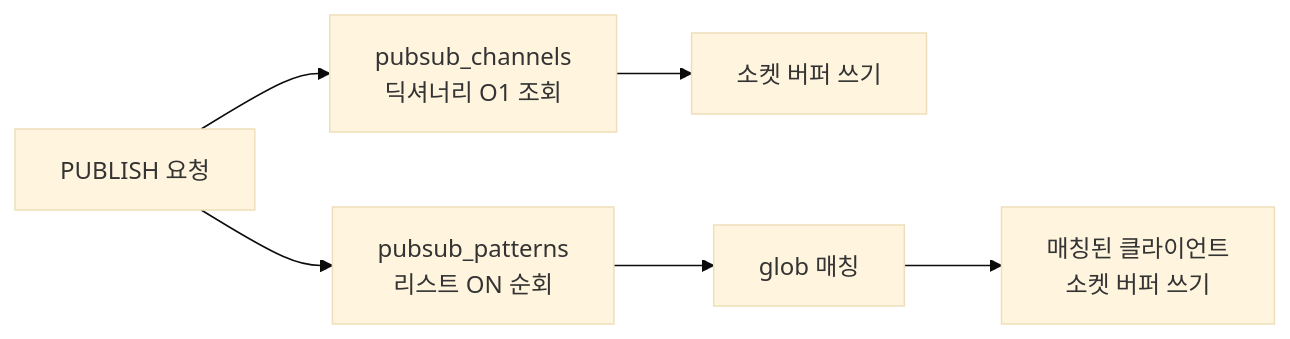
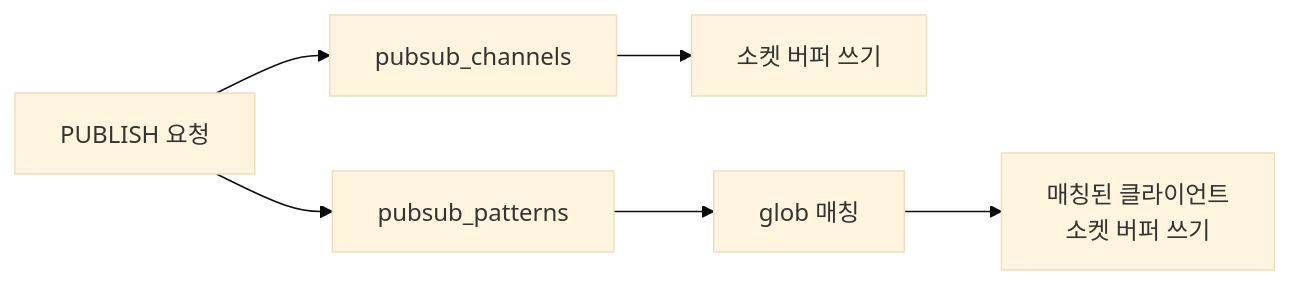
Before and after one commit to yjkim2015/yjkim2015.github.io: the first of 5 diagrams in _posts/redis/2026-05-01-redis-pubsub.md, drawn with Mermaid (base theme). The commit also changed other lines of this file and 245 other files, not shown here.

First line of the commit message:
Mermaid 다이어그램 전면 수정 + 면접 포인트 접기/펼치기 + DB 데드락 페이지

````diff
--- a/_posts/redis/2026-05-01-redis-pubsub.md
+++ b/_posts/redis/2026-05-01-redis-pubsub.md
@@ -50,8 +50,8 @@
 ```mermaid
 graph LR
-  PUB[PUBLISH 요청] --> DC[pubsub_channels\n딕셔너리 O1 조회]
-  PUB --> PL[pubsub_patterns\n리스트 ON 순회]
+  PUB[PUBLISH 요청] --> DC[pubsub_channels]
+  PUB --> PL[pubsub_patterns]
   DC --> W1[소켓 버퍼 쓰기]
   PL --> GM[glob 매칭]
   GM --> W2[매칭된 클라이언트\n소켓 버퍼 쓰기]
 ```
````
